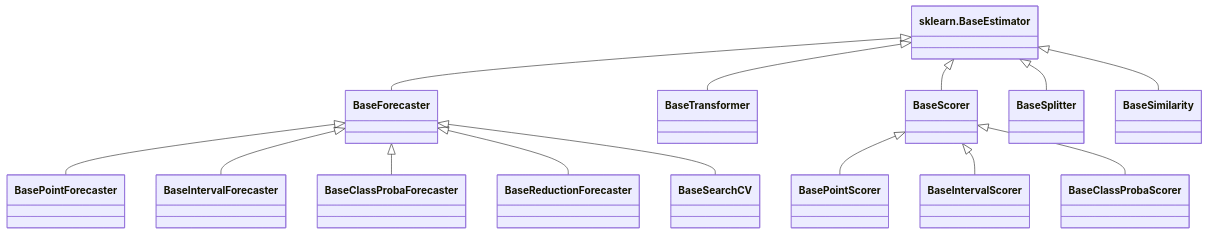
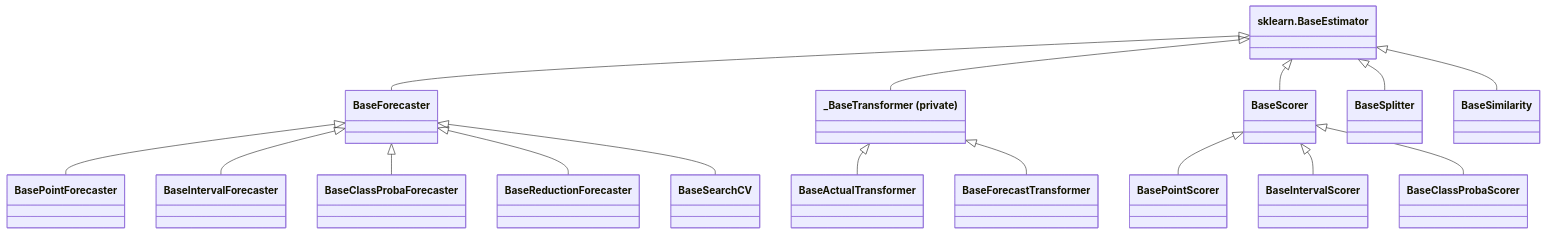
One commit to stateful-y/yohou changed the diagram in docs/pages/explanation/core-concepts.md. Above: the diagram before and after it, drawn with Mermaid. The commit also changed other lines of this file and 81 other files, not shown here.

````diff
--- a/docs/pages/explanation/core-concepts.md
+++ b/docs/pages/explanation/core-concepts.md
@@ -140,35 +147,40 @@
 ```mermaid
 classDiagram
     class BaseEstimator["sklearn.BaseEstimator"]
 
     class BaseForecaster
     class BasePointForecaster
     class BaseIntervalForecaster
     class BaseClassProbaForecaster
     class BaseReductionForecaster
     class BaseSearchCV
 
-    class BaseTransformer
+    class _BaseTransformer["_BaseTransformer (private)"]
+    class BaseActualTransformer
+    class BaseForecastTransformer
     class BaseScorer
     class BasePointScorer
     class BaseIntervalScorer
     class BaseClassProbaScorer
     class BaseSplitter
     class BaseSimilarity
 
     BaseEstimator <|-- BaseForecaster
-    BaseEstimator <|-- BaseTransformer
+    BaseEstimator <|-- _BaseTransformer
     BaseEstimator <|-- BaseScorer
     BaseEstimator <|-- BaseSplitter
     BaseEstimator <|-- BaseSimilarity
+
+    _BaseTransformer <|-- BaseActualTransformer
+    _BaseTransformer <|-- BaseForecastTransformer
 
     BaseForecaster <|-- BasePointForecaster
     BaseForecaster <|-- BaseIntervalForecaster
     BaseForecaster <|-- BaseClassProbaForecaster
     BaseForecaster <|-- BaseReductionForecaster
     BaseForecaster <|-- BaseSearchCV
 
     BaseScorer <|-- BasePointScorer
     BaseScorer <|-- BaseIntervalScorer
     BaseScorer <|-- BaseClassProbaScorer
 ```
````
